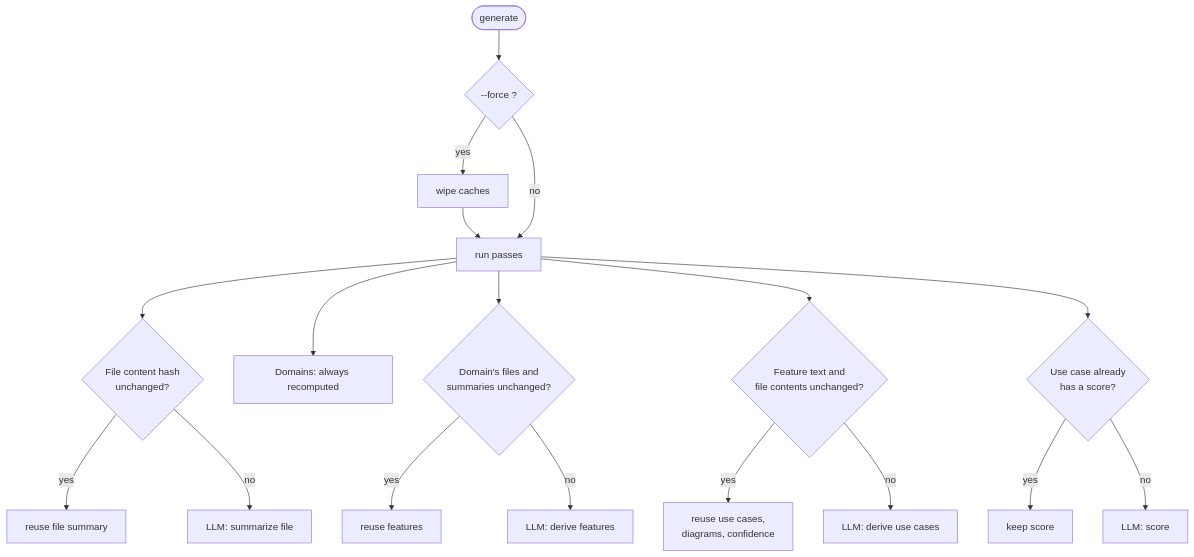
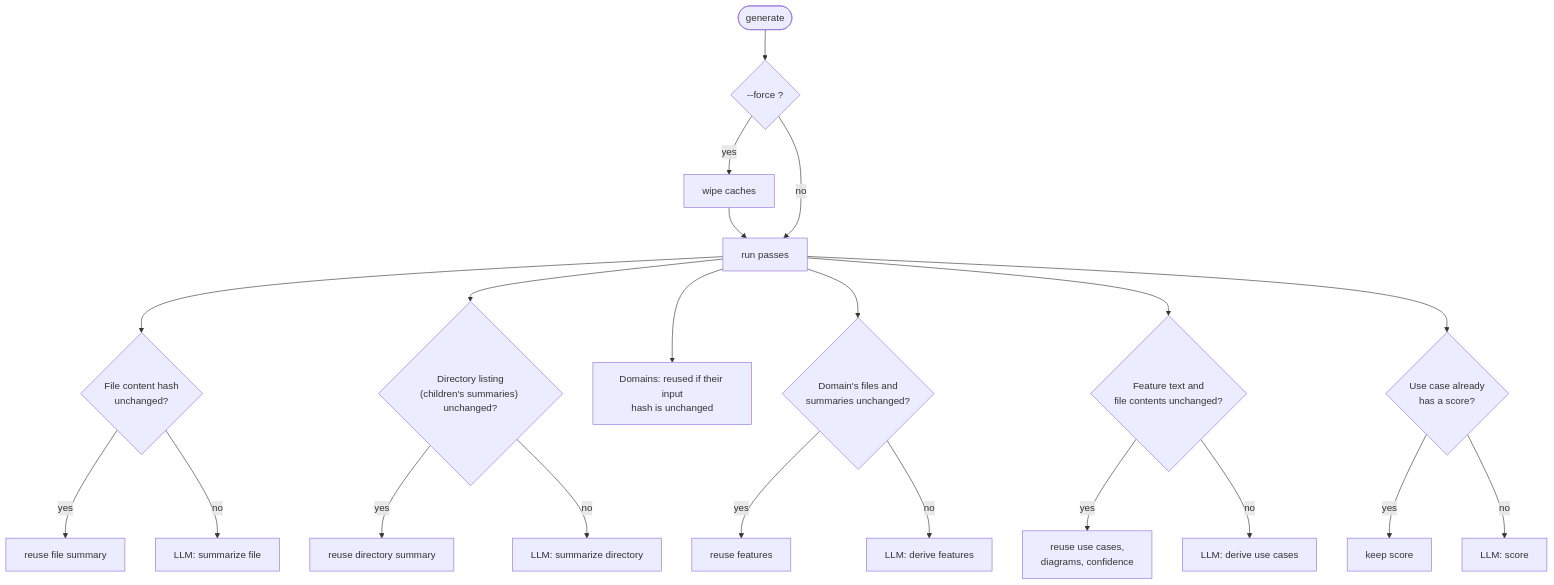
Before and after one commit to Electron-libre/RetroDoc: the sixth of 8 diagrams in docs/ARCHITECTURE.md, drawn with Mermaid. The commit also changed other lines of this file and 10 other files, not shown here.

````diff
--- a/docs/ARCHITECTURE.md
+++ b/docs/ARCHITECTURE.md
@@ -146,24 +148,28 @@
 ```mermaid
 flowchart TD
     start(["generate"]) --> force{"--force ?"}
     force -- yes --> wipe["wipe caches"] --> redo
     force -- no --> redo["run passes"]
 
     redo --> p2{"File content hash<br/>unchanged?"}
     p2 -- yes --> r2["reuse file summary"]
     p2 -- no --> c2["LLM: summarize file"]
 
-    redo --> p3["Domains: always recomputed"]
+    redo --> pd{"Directory listing<br/>(children's summaries) unchanged?"}
+    pd -- yes --> rd2["reuse directory summary"]
+    pd -- no --> cd2["LLM: summarize directory"]
+
+    redo --> p3["Domains: reused if their input<br/>hash is unchanged"]
 
     redo --> p4{"Domain's files and<br/>summaries unchanged?"}
     p4 -- yes --> r4["reuse features"]
     p4 -- no --> c4["LLM: derive features"]
 
     redo --> p5{"Feature text and<br/>file contents unchanged?"}
     p5 -- yes --> r5["reuse use cases,<br/>diagrams, confidence"]
     p5 -- no --> c5["LLM: derive use cases"]
 
     redo --> p7{"Use case already<br/>has a score?"}
     p7 -- yes --> r7["keep score"]
     p7 -- no --> c7["LLM: score"]
 ```
````
